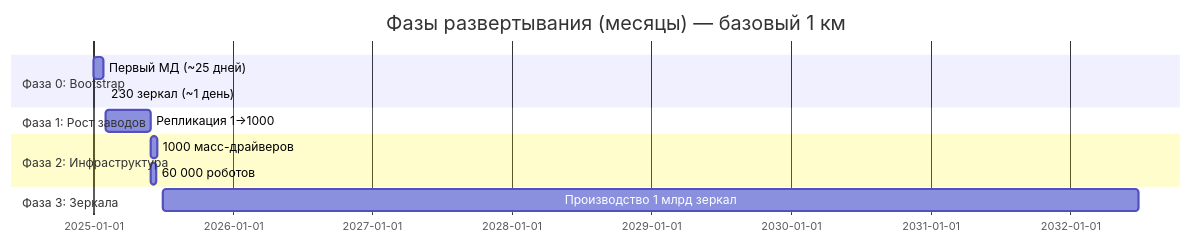
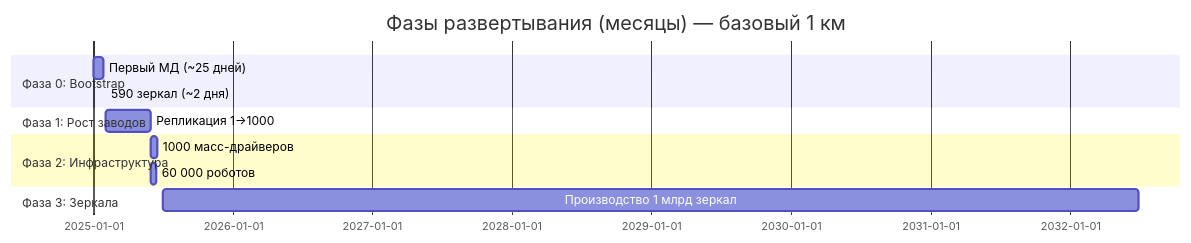
One commit to DmitryNasikanov/infinite-energy changed the diagram in ru/science/detailed/factories/assembly/replication.qmd. Above: the diagram before and after it, drawn with Mermaid. The commit also changed other lines of this file and 43 other files, not shown here.

````diff
--- a/ru/science/detailed/factories/assembly/replication.qmd
+++ b/ru/science/detailed/factories/assembly/replication.qmd
@@ -185,15 +185,15 @@
 ```{mermaid}
 gantt
     title Фазы развертывания (месяцы) — базовый 1 км
     dateFormat  YYYY-MM
     section Фаза 0: Bootstrap
     Первый МД (~25 дней)          :2025-01, 25d
-    230 зеркал (~1 день)          :2025-02, 1d
+    590 зеркал (~2 дня)           :2025-02, 2d
     section Фаза 1: Рост заводов
     Репликация 1→1000             :2025-02, 120d
     section Фаза 2: Инфраструктура
     1000 масс-драйверов           :2025-06, 15d
     60 000 роботов                :2025-06, 12d
     section Фаза 3: Зеркала
     Производство 1 млрд зеркал    :2025-07, 2555d
 ```
````
